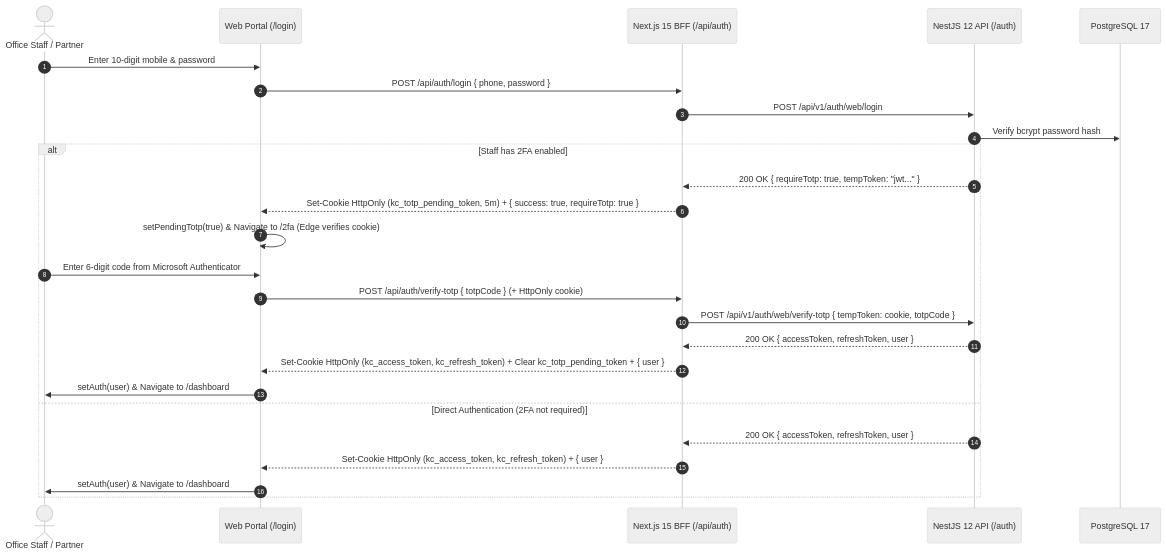
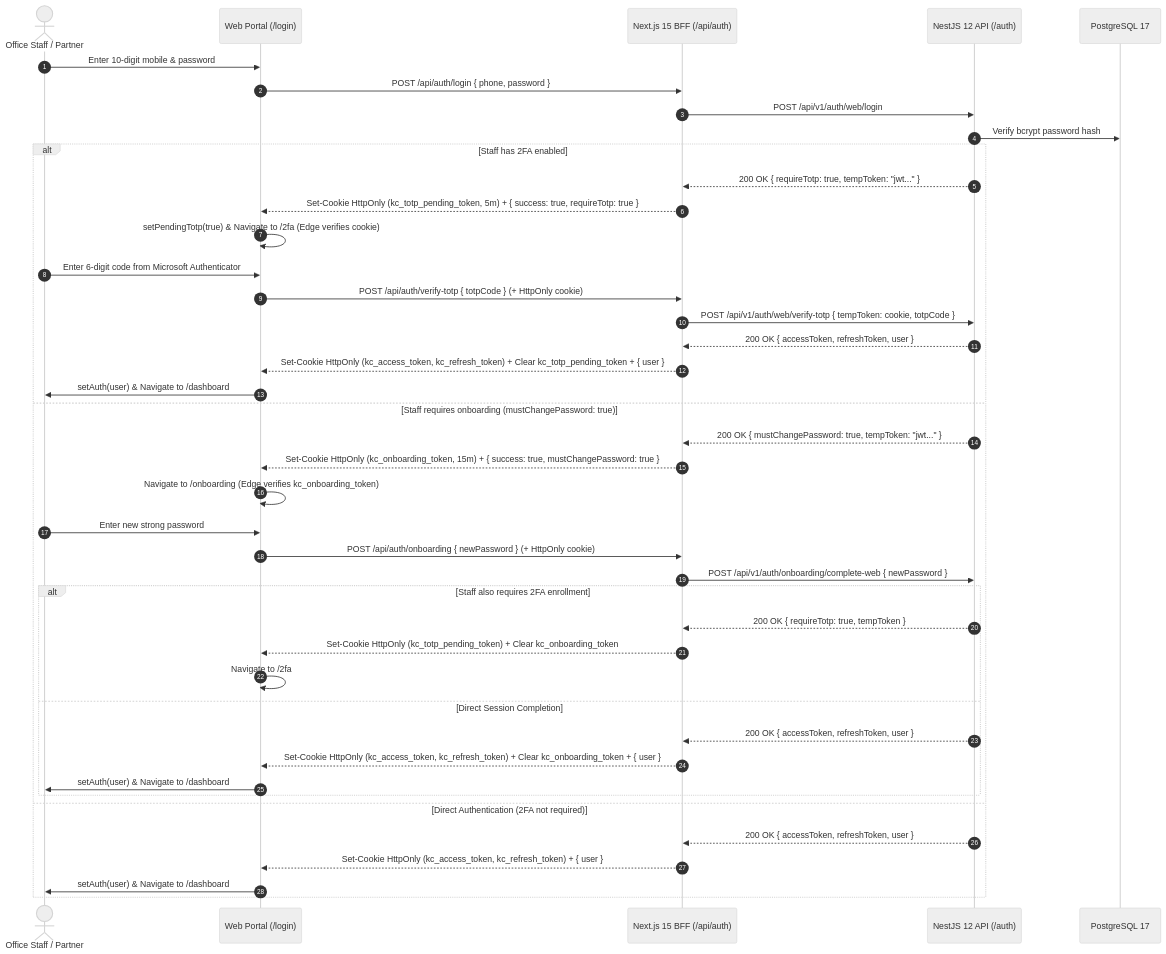
Before and after one commit to Kathir-24/Kumaran-finance: the first of 2 diagrams in docs/web/authentication-and-identity.md, drawn with Mermaid (neutral theme). The commit also changed other lines of this file and 20 other files, not shown here.

````diff
--- a/docs/web/authentication-and-identity.md
+++ b/docs/web/authentication-and-identity.md
@@ -83,29 +86,45 @@
 ```mermaid
 sequenceDiagram
     autonumber
     actor Staff as Office Staff / Partner
     participant Web as Web Portal (/login)
     participant BFF as Next.js 15 BFF (/api/auth)
     participant API as NestJS 12 API (/auth)
     participant DB as PostgreSQL 17
 
     Staff->>Web: Enter 10-digit mobile & password
     Web->>BFF: POST /api/auth/login { phone, password }
     BFF->>API: POST /api/v1/auth/web/login
     API->>DB: Verify bcrypt password hash
     alt Staff has 2FA enabled
         API-->>BFF: 200 OK { requireTotp: true, tempToken: "jwt..." }
         BFF-->>Web: Set-Cookie HttpOnly (kc_totp_pending_token, 5m) + { success: true, requireTotp: true }
         Web->>Web: setPendingTotp(true) & Navigate to /2fa (Edge verifies cookie)
         Staff->>Web: Enter 6-digit code from Microsoft Authenticator
         Web->>BFF: POST /api/auth/verify-totp { totpCode } (+ HttpOnly cookie)
         BFF->>API: POST /api/v1/auth/web/verify-totp { tempToken: cookie, totpCode }
         API-->>BFF: 200 OK { accessToken, refreshToken, user }
         BFF-->>Web: Set-Cookie HttpOnly (kc_access_token, kc_refresh_token) + Clear kc_totp_pending_token + { user }
         Web->>Staff: setAuth(user) & Navigate to /dashboard
+    else Staff requires onboarding (mustChangePassword: true)
+        API-->>BFF: 200 OK { mustChangePassword: true, tempToken: "jwt..." }
+        BFF-->>Web: Set-Cookie HttpOnly (kc_onboarding_token, 15m) + { success: true, mustChangePassword: true }
+        Web->>Web: Navigate to /onboarding (Edge verifies kc_onboarding_token)
+        Staff->>Web: Enter new strong password
+        Web->>BFF: POST /api/auth/onboarding { newPassword } (+ HttpOnly cookie)
+        BFF->>API: POST /api/v1/auth/onboarding/complete-web { newPassword }
+        alt Staff also requires 2FA enrollment
+            API-->>BFF: 200 OK { requireTotp: true, tempToken }
+            BFF-->>Web: Set-Cookie HttpOnly (kc_totp_pending_token) + Clear kc_onboarding_token
+            Web->>Web: Navigate to /2fa
+        else Direct Session Completion
+            API-->>BFF: 200 OK { accessToken, refreshToken, user }
+            BFF-->>Web: Set-Cookie HttpOnly (kc_access_token, kc_refresh_token) + Clear kc_onboarding_token + { user }
+            Web->>Staff: setAuth(user) & Navigate to /dashboard
+        end
     else Direct Authentication (2FA not required)
         API-->>BFF: 200 OK { accessToken, refreshToken, user }
         BFF-->>Web: Set-Cookie HttpOnly (kc_access_token, kc_refresh_token) + { user }
         Web->>Staff: setAuth(user) & Navigate to /dashboard
     end
 ```
````
